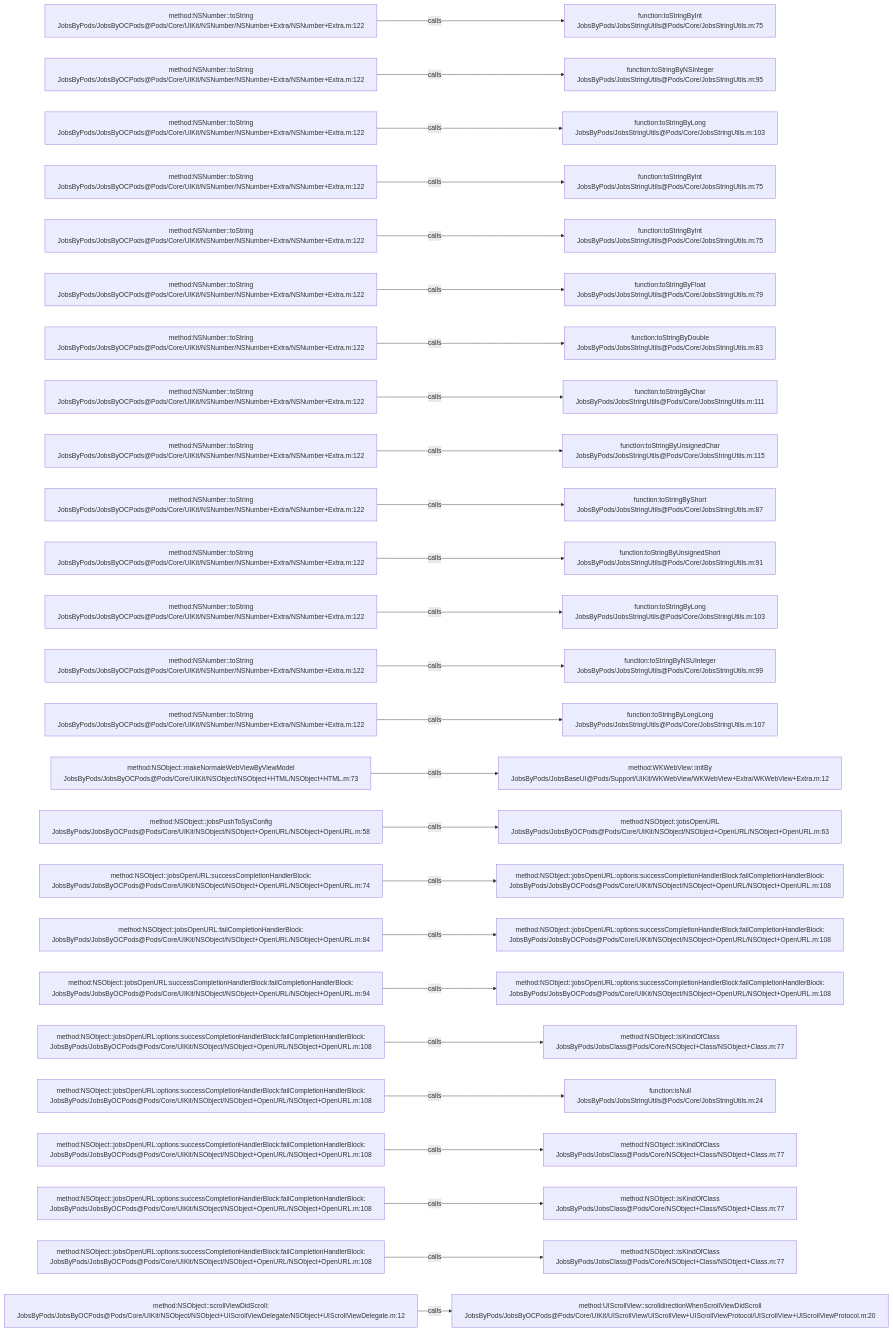
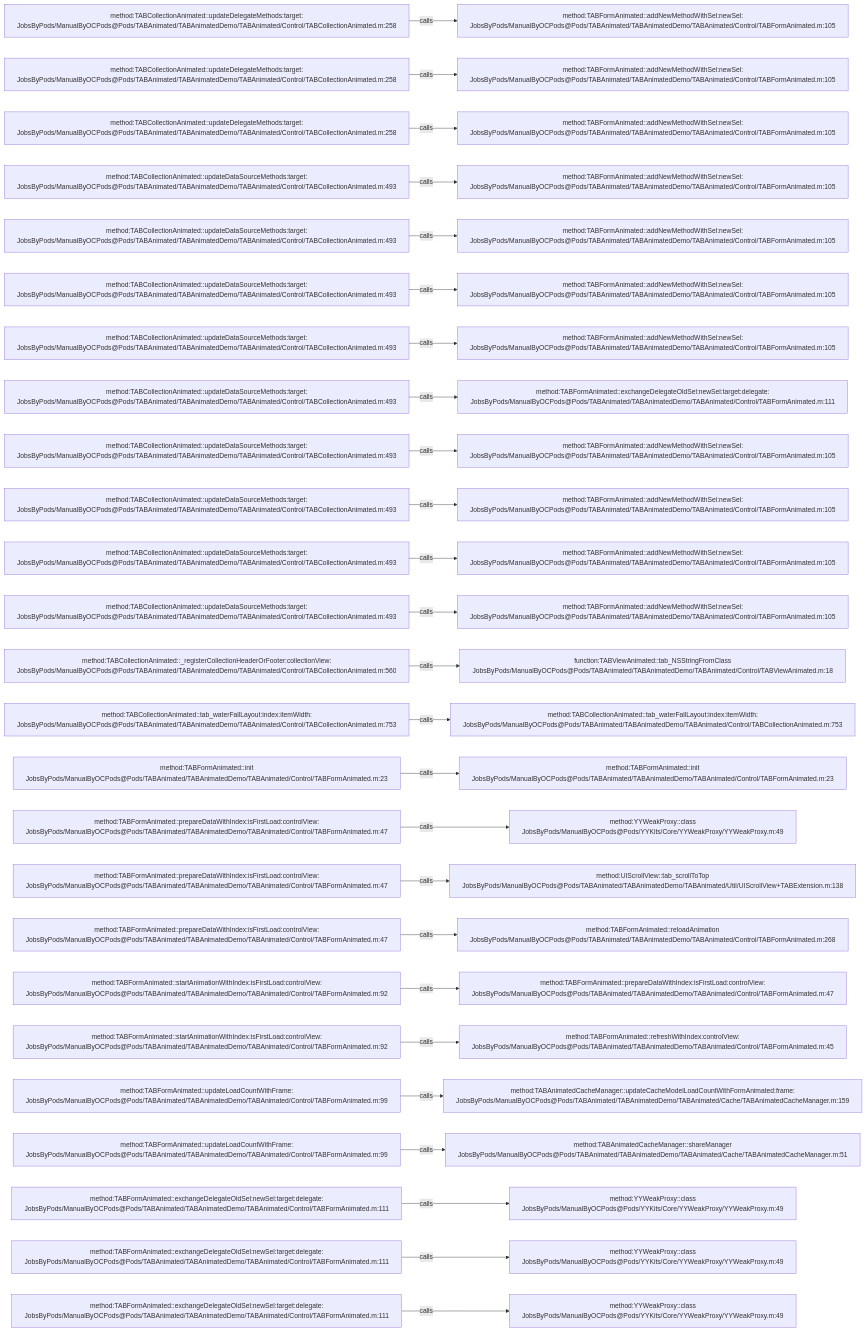
The diagram in .codegraph/codegraph.md/graphs/calls-031.md (JobsKits/JobsOCBaseConfigDemo), drawn with Mermaid before and after one commit. The commit also changed 2162 other files, not shown here.

````diff
--- a/.codegraph/codegraph.md/graphs/calls-031.md
+++ b/.codegraph/codegraph.md/graphs/calls-031.md
@@ -13,78 +13,78 @@
 ```mermaid
 flowchart LR
-  S1["method:NSNumber::toString<br/>JobsByPods/JobsByOCPods@Pods/Core/UIKit/NSNumber/NSNumber+Extra/NSNumber+Extra.m:122"]
-  T1["function:toStringByInt<br/>JobsByPods/JobsStringUtils@Pods/Core/JobsStringUtils.m:75"]
+  S1["method:TABCollectionAnimated::updateDelegateMethods:target:<br/>JobsByPods/ManualByOCPods@Pods/TABAnimated/TABAnimatedDemo/TABAnimated/Control/TABCollectionAnimated.m:258"]
+  T1["method:TABFormAnimated::addNewMethodWithSel:newSel:<br/>JobsByPods/ManualByOCPods@Pods/TABAnimated/TABAnimatedDemo/TABAnimated/Control/TABFormAnimated.m:105"]
   S1 -->|calls| T1
-  S2["method:NSNumber::toString<br/>JobsByPods/JobsByOCPods@Pods/Core/UIKit/NSNumber/NSNumber+Extra/NSNumber+Extra.m:122"]
-  T2["function:toStringByNSInteger<br/>JobsByPods/JobsStringUtils@Pods/Core/JobsStringUtils.m:95"]
+  S2["method:TABCollectionAnimated::updateDelegateMethods:target:<br/>JobsByPods/ManualByOCPods@Pods/TABAnimated/TABAnimatedDemo/TABAnimated/Control/TABCollectionAnimated.m:258"]
+  T2["method:TABFormAnimated::addNewMethodWithSel:newSel:<br/>JobsByPods/ManualByOCPods@Pods/TABAnimated/TABAnimatedDemo/TABAnimated/Control/TABFormAnimated.m:105"]
   S2 -->|calls| T2
-  S3["method:NSNumber::toString<br/>JobsByPods/JobsByOCPods@Pods/Core/UIKit/NSNumber/NSNumber+Extra/NSNumber+Extra.m:122"]
-  T3["function:toStringByLong<br/>JobsByPods/JobsStringUtils@Pods/Core/JobsStringUtils.m:103"]
+  S3["method:TABCollectionAnimated::updateDelegateMethods:target:<br/>JobsByPods/ManualByOCPods@Pods/TABAnimated/TABAnimatedDemo/TABAnimated/Control/TABCollectionAnimated.m:258"]
+  T3["method:TABFormAnimated::addNewMethodWithSel:newSel:<br/>JobsByPods/ManualByOCPods@Pods/TABAnimated/TABAnimatedDemo/TABAnimated/Control/TABFormAnimated.m:105"]
   S3 -->|calls| T3
-  S4["method:NSNumber::toString<br/>JobsByPods/JobsByOCPods@Pods/Core/UIKit/NSNumber/NSNumber+Extra/NSNumber+Extra.m:122"]
-  T4["function:toStringByInt<br/>JobsByPods/JobsStringUtils@Pods/Core/JobsStringUtils.m:75"]
+  S4["method:TABCollectionAnimated::updateDataSourceMethods:target:<br/>JobsByPods/ManualByOCPods@Pods/TABAnimated/TABAnimatedDemo/TABAnimated/Control/TABCollectionAnimated.m:493"]
+  T4["method:TABFormAnimated::addNewMethodWithSel:newSel:<br/>JobsByPods/ManualByOCPods@Pods/TABAnimated/TABAnimatedDemo/TABAnimated/Control/TABFormAnimated.m:105"]
   S4 -->|calls| T4
-  S5["method:NSNumber::toString<br/>JobsByPods/JobsByOCPods@Pods/Core/UIKit/NSNumber/NSNumber+Extra/NSNumber+Extra.m:122"]
-  T5["function:toStringByInt<br/>JobsByPods/JobsStringUtils@Pods/Core/JobsStringUtils.m:75"]
+  S5["method:TABCollectionAnimated::updateDataSourceMethods:target:<br/>JobsByPods/ManualByOCPods@Pods/TABAnimated/TABAnimatedDemo/TABAnimated/Control/TABCollectionAnimated.m:493"]
+  T5["method:TABFormAnimated::addNewMethodWithSel:newSel:<br/>JobsByPods/ManualByOCPods@Pods/TABAnimated/TABAnimatedDemo/TABAnimated/Control/TABFormAnimated.m:105"]
   S5 -->|calls| T5
-  S6["method:NSNumber::toString<br/>JobsByPods/JobsByOCPods@Pods/Core/UIKit/NSNumber/NSNumber+Extra/NSNumber+Extra.m:122"]
-  T6["function:toStringByFloat<br/>JobsByPods/JobsStringUtils@Pods/Core/JobsStringUtils.m:79"]
+  S6["method:TABCollectionAnimated::updateDataSourceMethods:target:<br/>JobsByPods/ManualByOCPods@Pods/TABAnimated/TABAnimatedDemo/TABAnimated/Control/TABCollectionAnimated.m:493"]
+  T6["method:TABFormAnimated::addNewMethodWithSel:newSel:<br/>JobsByPods/ManualByOCPods@Pods/TABAnimated/TABAnimatedDemo/TABAnimated/Control/TABFormAnimated.m:105"]
   S6 -->|calls| T6
-  S7["method:NSNumber::toString<br/>JobsByPods/JobsByOCPods@Pods/Core/UIKit/NSNumber/NSNumber+Extra/NSNumber+Extra.m:122"]
-  T7["function:toStringByDouble<br/>JobsByPods/JobsStringUtils@Pods/Core/JobsStringUtils.m:83"]
+  S7["method:TABCollectionAnimated::updateDataSourceMethods:target:<br/>JobsByPods/ManualByOCPods@Pods/TABAnimated/TABAnimatedDemo/TABAnimated/Control/TABCollectionAnimated.m:493"]
+  T7["method:TABFormAnimated::addNewMethodWithSel:newSel:<br/>JobsByPods/ManualByOCPods@Pods/TABAnimated/TABAnimatedDemo/TABAnimated/Control/TABFormAnimated.m:105"]
   S7 -->|calls| T7
-  S8["method:NSNumber::toString<br/>JobsByPods/JobsByOCPods@Pods/Core/UIKit/NSNumber/NSNumber+Extra/NSNumber+Extra.m:122"]
-  T8["function:toStringByChar<br/>JobsByPods/JobsStringUtils@Pods/Core/JobsStringUtils.m:111"]
+  S8["method:TABCollectionAnimated::updateDataSourceMethods:target:<br/>JobsByPods/ManualByOCPods@Pods/TABAnimated/TABAnimatedDemo/TABAnimated/Control/TABCollectionAnimated.m:493"]
+  T8["method:TABFormAnimated::exchangeDelegateOldSel:newSel:target:delegate:<br/>JobsByPods/ManualByOCPods@Pods/TABAnimated/TABAnimatedDemo/TABAnimated/Control/TABFormAnimated.m:111"]
   S8 -->|calls| T8
-  S9["method:NSNumber::toString<br/>JobsByPods/JobsByOCPods@Pods/Core/UIKit/NSNumber/NSNumber+Extra/NSNumber+Extra.m:122"]
-  T9["function:toStringByUnsignedChar<br/>JobsByPods/JobsStringUtils@Pods/Core/JobsStringUtils.m:115"]
+  S9["method:TABCollectionAnimated::updateDataSourceMethods:target:<br/>JobsByPods/ManualByOCPods@Pods/TABAnimated/TABAnimatedDemo/TABAnimated/Control/TABCollectionAnimated.m:493"]
+  T9["method:TABFormAnimated::addNewMethodWithSel:newSel:<br/>JobsByPods/ManualByOCPods@Pods/TABAnimated/TABAnimatedDemo/TABAnimated/Control/TABFormAnimated.m:105"]
   S9 -->|calls| T9
-  S10["method:NSNumber::toString<br/>JobsByPods/JobsByOCPods@Pods/Core/UIKit/NSNumber/NSNumber+Extra/NSNumber+Extra.m:122"]
-  T10["function:toStringByShort<br/>JobsByPods/JobsStringUtils@Pods/Core/JobsStringUtils.m:87"]
+  S10["method:TABCollectionAnimated::updateDataSourceMethods:target:<br/>JobsByPods/ManualByOCPods@Pods/TABAnimated/TABAnimatedDemo/TABAnimated/Control/TABCollectionAnimated.m:493"]
+  T10["method:TABFormAnimated::addNewMethodWithSel:newSel:<br/>JobsByPods/ManualByOCPods@Pods/TABAnimated/TABAnimatedDemo/TABAnimated/Control/TABFormAnimated.m:105"]
   S10 -->|calls| T10
-  S11["method:NSNumber::toString<br/>JobsByPods/JobsByOCPods@Pods/Core/UIKit/NSNumber/NSNumber+Extra/NSNumber+Extra.m:122"]
-  T11["function:toStringByUnsignedShort<br/>JobsByPods/JobsStringUtils@Pods/Core/JobsStringUtils.m:91"]
+  S11["method:TABCollectionAnimated::updateDataSourceMethods:target:<br/>JobsByPods/ManualByOCPods@Pods/TABAnimated/TABAnimatedDemo/TABAnimated/Control/TABCollectionAnimated.m:493"]
+  T11["method:TABFormAnimated::addNewMethodWithSel:newSel:<br/>JobsByPods/ManualByOCPods@Pods/TABAnimated/TABAnimatedDemo/TABAnimated/Control/TABFormAnimated.m:105"]
   S11 -->|calls| T11
-  S12["method:NSNumber::toString<br/>JobsByPods/JobsByOCPods@Pods/Core/UIKit/NSNumber/NSNumber+Extra/NSNumber+Extra.m:122"]
-  T12["function:toStringByLong<br/>JobsByPods/JobsStringUtils@Pods/Core/JobsStringUtils.m:103"]
+  S12["method:TABCollectionAnimated::updateDataSourceMethods:target:<br/>JobsByPods/ManualByOCPods@Pods/TABAnimated/TABAnimatedDemo/TABAnimated/Control/TABCollectionAnimated.m:493"]
+  T12["method:TABFormAnimated::addNewMethodWithSel:newSel:<br/>JobsByPods/ManualByOCPods@Pods/TABAnimated/TABAnimatedDemo/TABAnimated/Control/TABFormAnimated.m:105"]
   S12 -->|calls| T12
-  S13["method:NSNumber::toString<br/>JobsByPods/JobsByOCPods@Pods/Core/UIKit/NSNumber/NSNumber+Extra/NSNumber+Extra.m:122"]
-  T13["function:toStringByNSUInteger<br/>JobsByPods/JobsStringUtils@Pods/Core/JobsStringUtils.m:99"]
+  S13["method:TABCollectionAnimated::_registerCollectionHeaderOrFooter:collectionView:<br/>JobsByPods/ManualByOCPods@Pods/TABAnimated/TABAnimatedDemo/TABAnimated/Control/TABCollectionAnimated.m:560"]
+  T13["function:TABViewAnimated::tab_NSStringFromClass<br/>JobsByPods/ManualByOCPods@Pods/TABAnimated/TABAnimatedDemo/TABAnimated/Control/TABViewAnimated.m:18"]
   S13 -->|calls| T13
-  S14["method:NSNumber::toString<br/>JobsByPods/JobsByOCPods@Pods/Core/UIKit/NSNumber/NSNumber+Extra/NSNumber+Extra.m:122"]
-  T14["function:toStringByLongLong<br/>JobsByPods/JobsStringUtils@Pods/Core/JobsStringUtils.m:107"]
+  S14["method:TABCollectionAnimated::tab_waterFallLayout:index:itemWidth:<br/>JobsByPods/ManualByOCPods@Pods/TABAnimated/TABAnimatedDemo/TABAnimated/Control/TABCollectionAnimated.m:753"]
+  T14["method:TABCollectionAnimated::tab_waterFallLayout:index:itemWidth:<br/>JobsByPods/ManualByOCPods@Pods/TABAnimated/TABAnimatedDemo/TABAnimated/Control/TABCollectionAnimated.m:753"]
   S14 -->|calls| T14
-  S15["method:NSObject::makeNormaleWebViewByViewModel<br/>JobsByPods/JobsByOCPods@Pods/Core/UIKit/NSObject/NSObject+HTML/NSObject+HTML.m:73"]
-  T15["method:WKWebView::initBy<br/>JobsByPods/JobsBaseUI@Pods/Support/UIKit/WKWebView/WKWebView+Extra/WKWebView+Extra.m:12"]
+  S15["method:TABFormAnimated::init<br/>JobsByPods/ManualByOCPods@Pods/TABAnimated/TABAnimatedDemo/TABAnimated/Control/TABFormAnimated.m:23"]
+  T15["method:TABFormAnimated::init<br/>JobsByPods/ManualByOCPods@Pods/TABAnimated/TABAnimatedDemo/TABAnimated/Control/TABFormAnimated.m:23"]
   S15 -->|calls| T15
-  S16["method:NSObject::jobsPushToSysConfig<br/>JobsByPods/JobsByOCPods@Pods/Core/UIKit/NSObject/NSObject+OpenURL/NSObject+OpenURL.m:58"]
-  T16["method:NSObject::jobsOpenURL<br/>JobsByPods/JobsByOCPods@Pods/Core/UIKit/NSObject/NSObject+OpenURL/NSObject+OpenURL.m:63"]
+  S16["method:TABFormAnimated::prepareDataWithIndex:isFirstLoad:controlView:<br/>JobsByPods/ManualByOCPods@Pods/TABAnimated/TABAnimatedDemo/TABAnimated/Control/TABFormAnimated.m:47"]
+  T16["method:YYWeakProxy::class<br/>JobsByPods/ManualByOCPods@Pods/YYKits/Core/YYWeakProxy/YYWeakProxy.m:49"]
   S16 -->|calls| T16
-  S17["method:NSObject::jobsOpenURL:successCompletionHandlerBlock:<br/>JobsByPods/JobsByOCPods@Pods/Core/UIKit/NSObject/NSObject+OpenURL/NSObject+OpenURL.m:74"]
-  T17["method:NSObject::jobsOpenURL:options:successCompletionHandlerBlock:failCompletionHandlerBlock:<br/>JobsByPods/JobsByOCPods@Pods/Core/UIKit/NSObject/NSObject+OpenURL/NSObject+OpenURL.m:108"]
+  S17["method:TABFormAnimated::prepareDataWithIndex:isFirstLoad:controlView:<br/>JobsByPods/ManualByOCPods@Pods/TABAnimated/TABAnimatedDemo/TABAnimated/Control/TABFormAnimated.m:47"]
+  T17["method:UIScrollView::tab_scrollToTop<br/>JobsByPods/ManualByOCPods@Pods/TABAnimated/TABAnimatedDemo/TABAnimated/Util/UIScrollView+TABExtension.m:138"]
   S17 -->|calls| T17
-  S18["method:NSObject::jobsOpenURL:failCompletionHandlerBlock:<br/>JobsByPods/JobsByOCPods@Pods/Core/UIKit/NSObject/NSObject+OpenURL/NSObject+OpenURL.m:84"]
-  T18["method:NSObject::jobsOpenURL:options:successCompletionHandlerBlock:failCompletionHandlerBlock:<br/>JobsByPods/JobsByOCPods@Pods/Core/UIKit/NSObject/NSObject+OpenURL/NSObject+OpenURL.m:108"]
+  S18["method:TABFormAnimated::prepareDataWithIndex:isFirstLoad:controlView:<br/>JobsByPods/ManualByOCPods@Pods/TABAnimated/TABAnimatedDemo/TABAnimated/Control/TABFormAnimated.m:47"]
+  T18["method:TABFormAnimated::reloadAnimation<br/>JobsByPods/ManualByOCPods@Pods/TABAnimated/TABAnimatedDemo/TABAnimated/Control/TABFormAnimated.m:268"]
   S18 -->|calls| T18
-  S19["method:NSObject::jobsOpenURL:successCompletionHandlerBlock:failCompletionHandlerBlock:<br/>JobsByPods/JobsByOCPods@Pods/Core/UIKit/NSObject/NSObject+OpenURL/NSObject+OpenURL.m:94"]
-  T19["method:NSObject::jobsOpenURL:options:successCompletionHandlerBlock:failCompletionHandlerBlock:<br/>JobsByPods/JobsByOCPods@Pods/Core/UIKit/NSObject/NSObject+OpenURL/NSObject+OpenURL.m:108"]
+  S19["method:TABFormAnimated::startAnimationWithIndex:isFirstLoad:controlView:<br/>JobsByPods/ManualByOCPods@Pods/TABAnimated/TABAnimatedDemo/TABAnimated/Control/TABFormAnimated.m:92"]
+  T19["method:TABFormAnimated::prepareDataWithIndex:isFirstLoad:controlView:<br/>JobsByPods/ManualByOCPods@Pods/TABAnimated/TABAnimatedDemo/TABAnimated/Control/TABFormAnimated.m:47"]
   S19 -->|calls| T19
-  S20["method:NSObject::jobsOpenURL:options:successCompletionHandlerBlock:failCompletionHandlerBlock:<br/>JobsByPods/JobsByOCPods@Pods/Core/UIKit/NSObject/NSObject+OpenURL/NSObject+OpenURL.m:108"]
-  T20["method:NSObject::isKindOfClass<br/>JobsByPods/JobsClass@Pods/Core/NSObject+Class/NSObject+Class.m:77"]
+  S20["method:TABFormAnimated::startAnimationWithIndex:isFirstLoad:controlView:<br/>JobsByPods/ManualByOCPods@Pods/TABAnimated/TABAnimatedDemo/TABAnimated/Control/TABFormAnimated.m:92"]
+  T20["method:TABFormAnimated::refreshWithIndex:controlView:<br/>JobsByPods/ManualByOCPods@Pods/TABAnimated/TABAnimatedDemo/TABAnimated/Control/TABFormAnimated.m:45"]
   S20 -->|calls| T20
-  S21["method:NSObject::jobsOpenURL:options:successCompletionHandlerBlock:failCompletionHandlerBlock:<br/>JobsByPods/JobsByOCPods@Pods/Core/UIKit/NSObject/NSObject+OpenURL/NSObject+OpenURL.m:108"]
-  T21["function:isNull<br/>JobsByPods/JobsStringUtils@Pods/Core/JobsStringUtils.m:24"]
+  S21["method:TABFormAnimated::updateLoadCountWithFrame:<br/>JobsByPods/ManualByOCPods@Pods/TABAnimated/TABAnimatedDemo/TABAnimated/Control/TABFormAnimated.m:99"]
+  T21["method:TABAnimatedCacheManager::updateCacheModelLoadCountWithFormAnimated:frame:<br/>JobsByPods/ManualByOCPods@Pods/TABAnimated/TABAnimatedDemo/TABAnimated/Cache/TABAnimatedCacheManager.m:159"]
   S21 -->|calls| T21
-  S22["method:NSObject::jobsOpenURL:options:successCompletionHandlerBlock:failCompletionHandlerBlock:<br/>JobsByPods/JobsByOCPods@Pods/Core/UIKit/NSObject/NSObject+OpenURL/NSObject+OpenURL.m:108"]
-  T22["method:NSObject::isKindOfClass<br/>JobsByPods/JobsClass@Pods/Core/NSObject+Class/NSObject+Class.m:77"]
+  S22["method:TABFormAnimated::updateLoadCountWithFrame:<br/>JobsByPods/ManualByOCPods@Pods/TABAnimated/TABAnimatedDemo/TABAnimated/Control/TABFormAnimated.m:99"]
+  T22["method:TABAnimatedCacheManager::shareManager<br/>JobsByPods/ManualByOCPods@Pods/TABAnimated/TABAnimatedDemo/TABAnimated/Cache/TABAnimatedCacheManager.m:51"]
   S22 -->|calls| T22
-  S23["method:NSObject::jobsOpenURL:options:successCompletionHandlerBlock:failCompletionHandlerBlock:<br/>JobsByPods/JobsByOCPods@Pods/Core/UIKit/NSObject/NSObject+OpenURL/NSObject+OpenURL.m:108"]
-  T23["method:NSObject::isKindOfClass<br/>JobsByPods/JobsClass@Pods/Core/NSObject+Class/NSObject+Class.m:77"]
+  S23["method:TABFormAnimated::exchangeDelegateOldSel:newSel:target:delegate:<br/>JobsByPods/ManualByOCPods@Pods/TABAnimated/TABAnimatedDemo/TABAnimated/Control/TABFormAnimated.m:111"]
+  T23["method:YYWeakProxy::class<br/>JobsByPods/ManualByOCPods@Pods/YYKits/Core/YYWeakProxy/YYWeakProxy.m:49"]
   S23 -->|calls| T23
-  S24["method:NSObject::jobsOpenURL:options:successCompletionHandlerBlock:failCompletionHandlerBlock:<br/>JobsByPods/JobsByOCPods@Pods/Core/UIKit/NSObject/NSObject+OpenURL/NSObject+OpenURL.m:108"]
-  T24["method:NSObject::isKindOfClass<br/>JobsByPods/JobsClass@Pods/Core/NSObject+Class/NSObject+Class.m:77"]
+  S24["method:TABFormAnimated::exchangeDelegateOldSel:newSel:target:delegate:<br/>JobsByPods/ManualByOCPods@Pods/TABAnimated/TABAnimatedDemo/TABAnimated/Control/TABFormAnimated.m:111"]
+  T24["method:YYWeakProxy::class<br/>JobsByPods/ManualByOCPods@Pods/YYKits/Core/YYWeakProxy/YYWeakProxy.m:49"]
   S24 -->|calls| T24
-  S25["method:NSObject::scrollViewDidScroll:<br/>JobsByPods/JobsByOCPods@Pods/Core/UIKit/NSObject/NSObject+UIScrollViewDelegate/NSObject+UIScrollViewDelegate.m:12"]
-  T25["method:UIScrollView::scrolldirectionWhenScrollViewDidScroll<br/>JobsByPods/JobsByOCPods@Pods/Core/UIKit/UIScrollView/UIScrollView+UIScrollViewProtocol/UIScrollView+UIScrollViewProtocol.m:20"]
+  S25["method:TABFormAnimated::exchangeDelegateOldSel:newSel:target:delegate:<br/>JobsByPods/ManualByOCPods@Pods/TABAnimated/TABAnimatedDemo/TABAnimated/Control/TABFormAnimated.m:111"]
+  T25["method:YYWeakProxy::class<br/>JobsByPods/ManualByOCPods@Pods/YYKits/Core/YYWeakProxy/YYWeakProxy.m:49"]
   S25 -->|calls| T25
 ```
````
